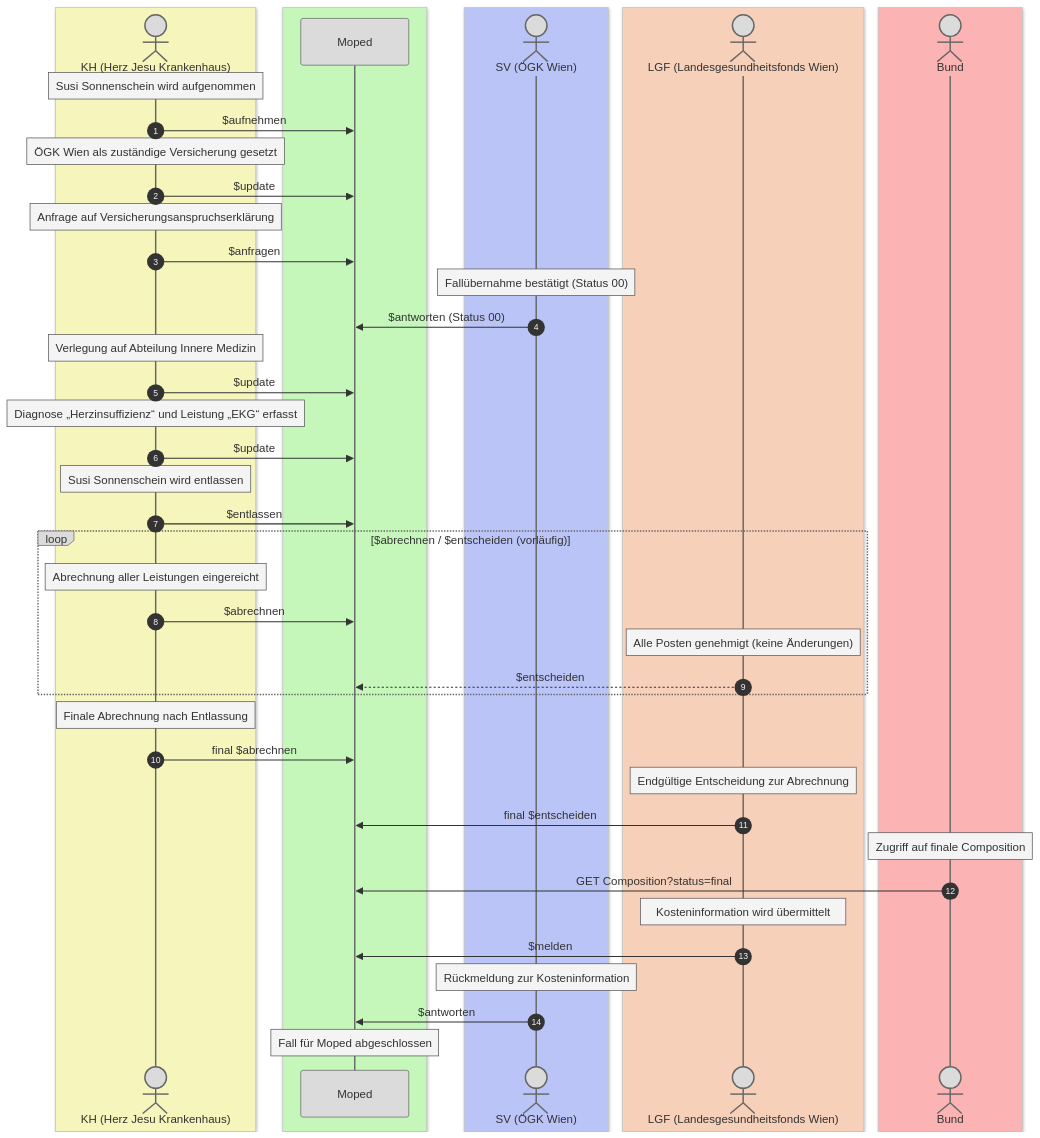
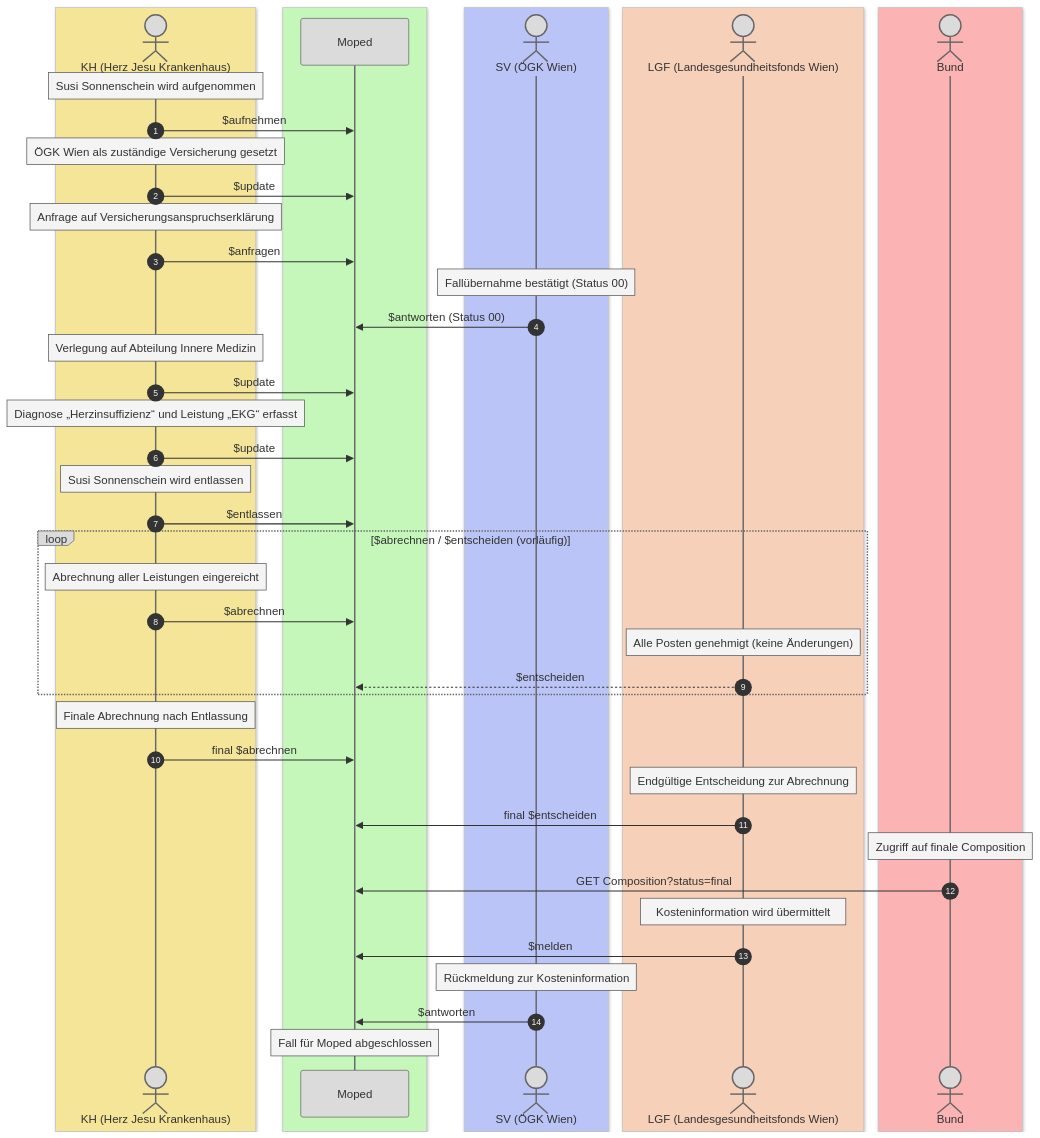
The diagram in input/pagecontent/anwendungsfaelle.md (HL7Austria/ELGA-MOPED-R5), drawn with Mermaid before and after one commit. The commit also changed 6 other files, not shown here.

Commit message:
Farbe des KH in den Diagrammen anpassen

```diff
--- a/input/pagecontent/anwendungsfaelle.md
+++ b/input/pagecontent/anwendungsfaelle.md
@@ -73,77 +73,77 @@
 <pre class="mermaid">
     ---
     config:
       theme: 'base'
       themeVariables:
         primaryColor: '#dbdbdb'         
         actorBorder: '#666'
         noteBkgColor: '#f4f4f4'
         noteBorderColor: '#555'
     ---
     sequenceDiagram
     autonumber
-    box rgb(245, 245, 188)
+    box rgb(245, 229, 153)
     actor KH as KH (Herz Jesu Krankenhaus)
     end
     box rgb(197, 247, 186)
     participant MP as Moped
     end
     box rgb(186, 196, 247)
     actor SV as SV (ÖGK Wien)
     end
     box rgb(247, 208, 186)
     actor LGF as LGF (Landesgesundheitsfonds Wien)
     end
     box rgb(252, 179, 179) 
     actor Bund as Bund 
     end
 
 
     Note over KH: Susi Sonnenschein wird aufgenommen
     KH->> MP: $aufnehmen
 
     Note over KH: ÖGK Wien als zuständige Versicherung gesetzt
     KH->>MP: $update
 
     Note over KH: Anfrage auf Versicherungsanspruchserklärung 
     KH->>MP: $anfragen
 
     Note over SV: Fallübernahme bestätigt (Status 00) 
     SV->>MP: $antworten (Status 00)
 
     Note over KH: Verlegung auf Abteilung Innere Medizin 
     KH->>MP: $update
 
     Note over KH: Diagnose „Herzinsuffizienz“ und Leistung „EKG“ erfasst 
     KH->>MP: $update
 
     Note over KH: Susi Sonnenschein wird entlassen 
     KH->>MP: $entlassen
 
     loop $abrechnen / $entscheiden (vorläufig)
         Note over KH: Abrechnung aller Leistungen eingereicht
         KH->>MP:$abrechnen 
 
         Note over LGF: Alle Posten genehmigt (keine Änderungen)
         LGF-->>MP: $entscheiden 
     end
 
     %% Finale Abrechnung und Entscheidung
     Note over KH: Finale Abrechnung nach Entlassung
     KH->>MP: final $abrechnen 
 
     Note over LGF: Endgültige Entscheidung zur Abrechnung 
     LGF->>MP: final $entscheiden
 
     Note over Bund: Zugriff auf finale Composition 
     Bund->>MP: GET Composition?status=final
 
     Note over LGF:  Kosteninformation wird übermittelt 
     LGF->>MP: $melden
 
     Note over SV: Rückmeldung zur Kosteninformation
     SV->>MP: $antworten
 
     Note over MP: Fall für Moped abgeschlossen
     
 </pre>
```
